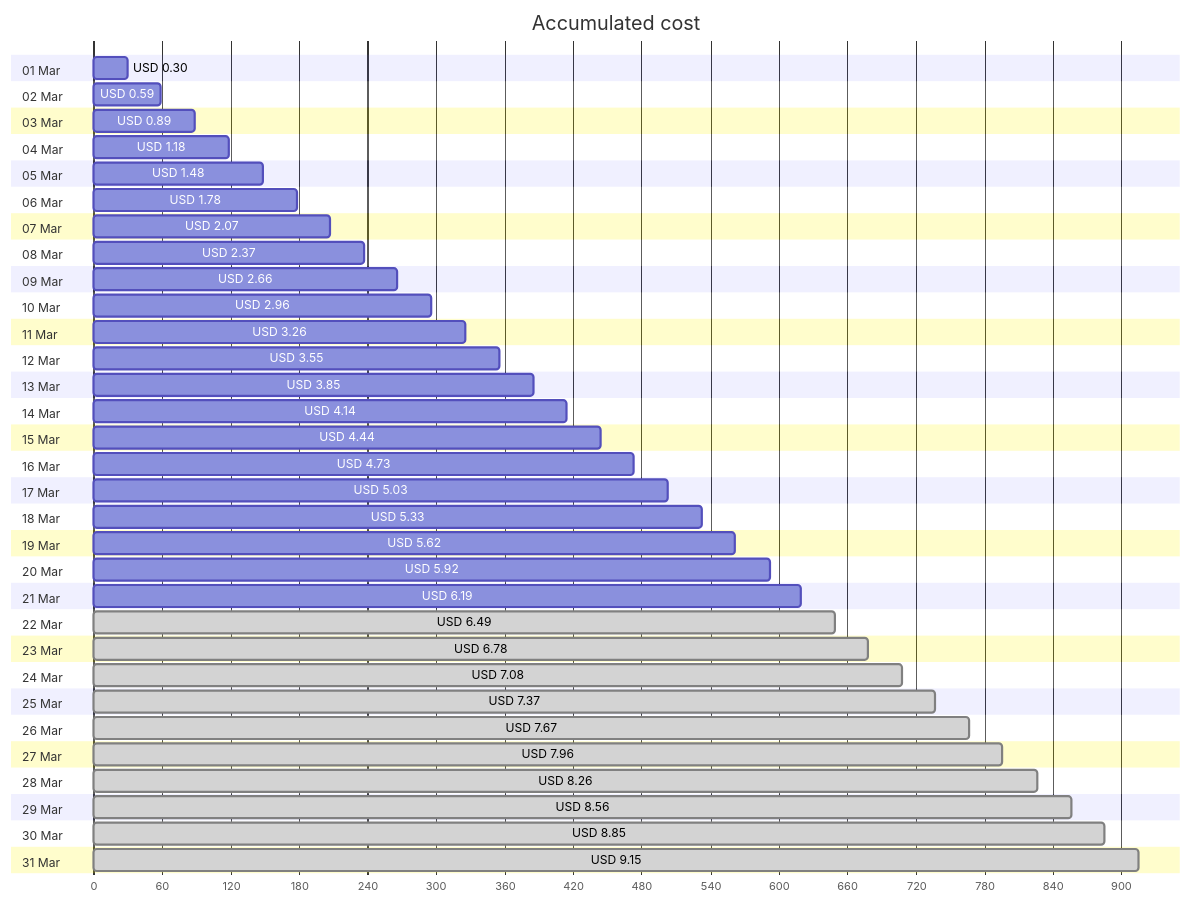
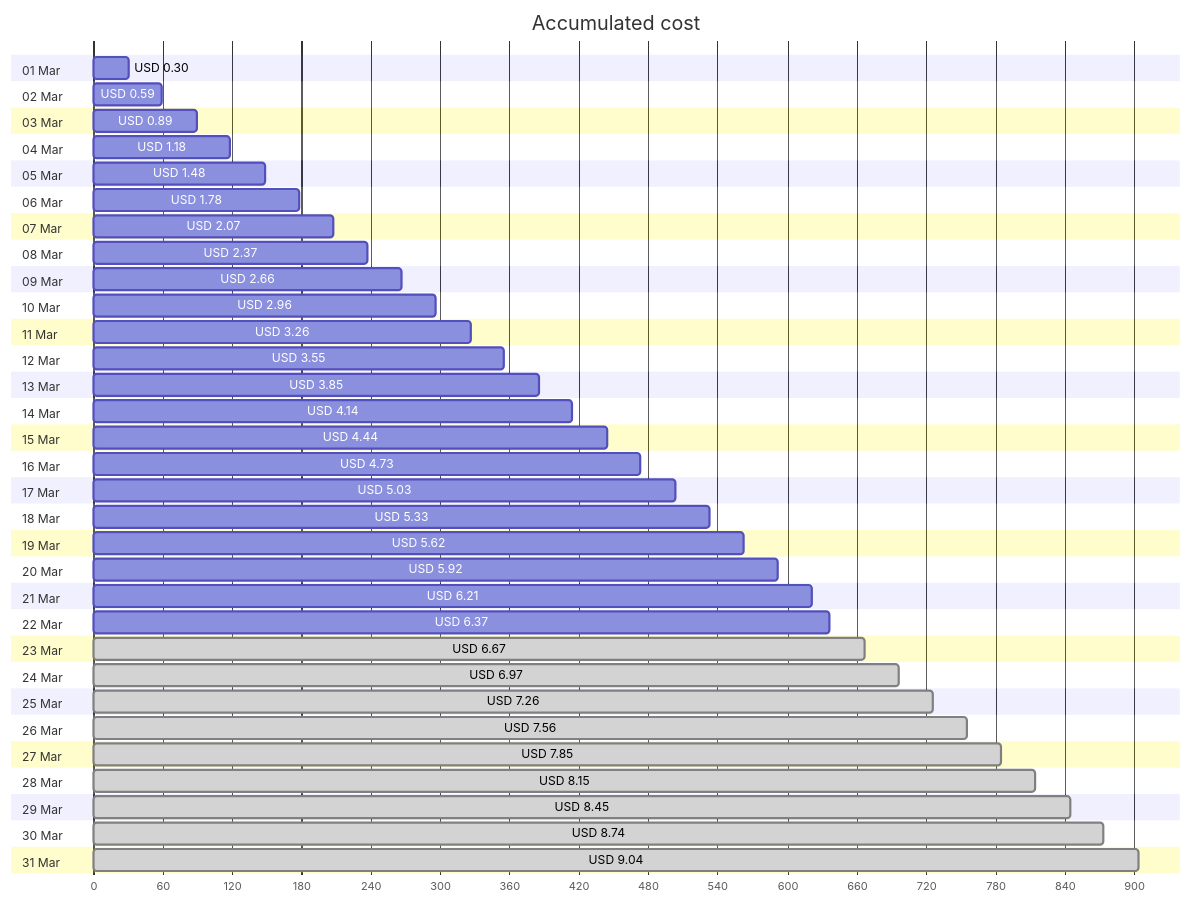
Before and after one commit to jpfulton/azure-personal-reports: the first of 4 diagrams in cost-reports/personal-site/personal-site.md, drawn with Mermaid. The commit also changed other lines of this file and 6 other files, not shown here.

````diff
--- a/cost-reports/personal-site/personal-site.md
+++ b/cost-reports/personal-site/personal-site.md
@@ -20,68 +20,68 @@
 ```mermaid
 gantt
    title Accumulated cost
    dateFormat  X
    axisFormat %s
    section 01 Mar
    USD 0.30 :0, 30
    section 02 Mar
    USD 0.59 :0, 59
    section 03 Mar
    USD 0.89 :0, 89
    section 04 Mar
    USD 1.18 :0, 118
    section 05 Mar
    USD 1.48 :0, 148
    section 06 Mar
    USD 1.78 :0, 178
    section 07 Mar
    USD 2.07 :0, 207
    section 08 Mar
    USD 2.37 :0, 237
    section 09 Mar
    USD 2.66 :0, 266
    section 10 Mar
    USD 2.96 :0, 296
    section 11 Mar
    USD 3.26 :0, 326
    section 12 Mar
    USD 3.55 :0, 355
    section 13 Mar
    USD 3.85 :0, 385
    section 14 Mar
    USD 4.14 :0, 414
    section 15 Mar
    USD 4.44 :0, 444
    section 16 Mar
    USD 4.73 :0, 473
    section 17 Mar
    USD 5.03 :0, 503
    section 18 Mar
    USD 5.33 :0, 533
    section 19 Mar
    USD 5.62 :0, 562
    section 20 Mar
    USD 5.92 :0, 592
    section 21 Mar
-   USD 6.19 :0, 619
+   USD 6.21 :0, 621
    section 22 Mar
-   USD 6.49 : done, 0, 649
+   USD 6.37 :0, 637
    section 23 Mar
-   USD 6.78 : done, 0, 678
+   USD 6.67 : done, 0, 667
    section 24 Mar
-   USD 7.08 : done, 0, 708
+   USD 6.97 : done, 0, 697
    section 25 Mar
-   USD 7.37 : done, 0, 737
+   USD 7.26 : done, 0, 726
    section 26 Mar
-   USD 7.67 : done, 0, 767
+   USD 7.56 : done, 0, 756
    section 27 Mar
-   USD 7.96 : done, 0, 796
+   USD 7.85 : done, 0, 785
    section 28 Mar
-   USD 8.26 : done, 0, 826
+   USD 8.15 : done, 0, 815
    section 29 Mar
-   USD 8.56 : done, 0, 856
+   USD 8.45 : done, 0, 845
    section 30 Mar
-   USD 8.85 : done, 0, 885
+   USD 8.74 : done, 0, 874
    section 31 Mar
-   USD 9.15 : done, 0, 915
+   USD 9.04 : done, 0, 904
 ```
````
